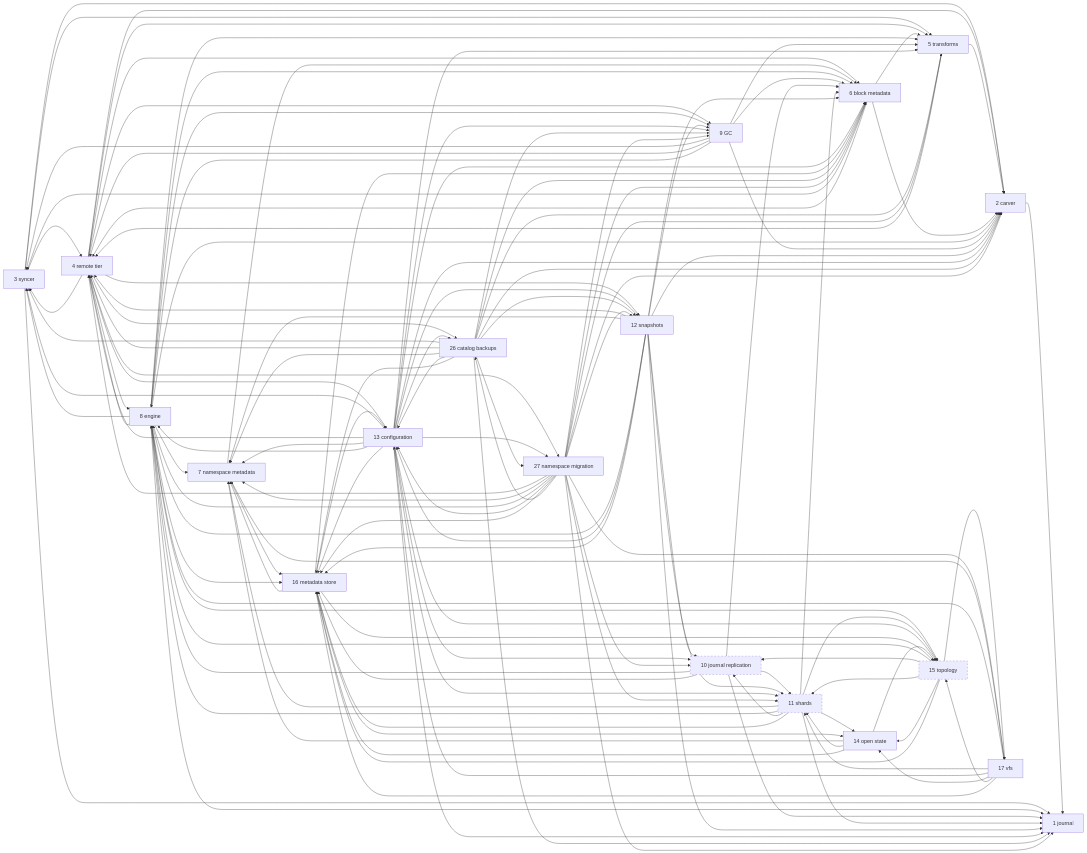
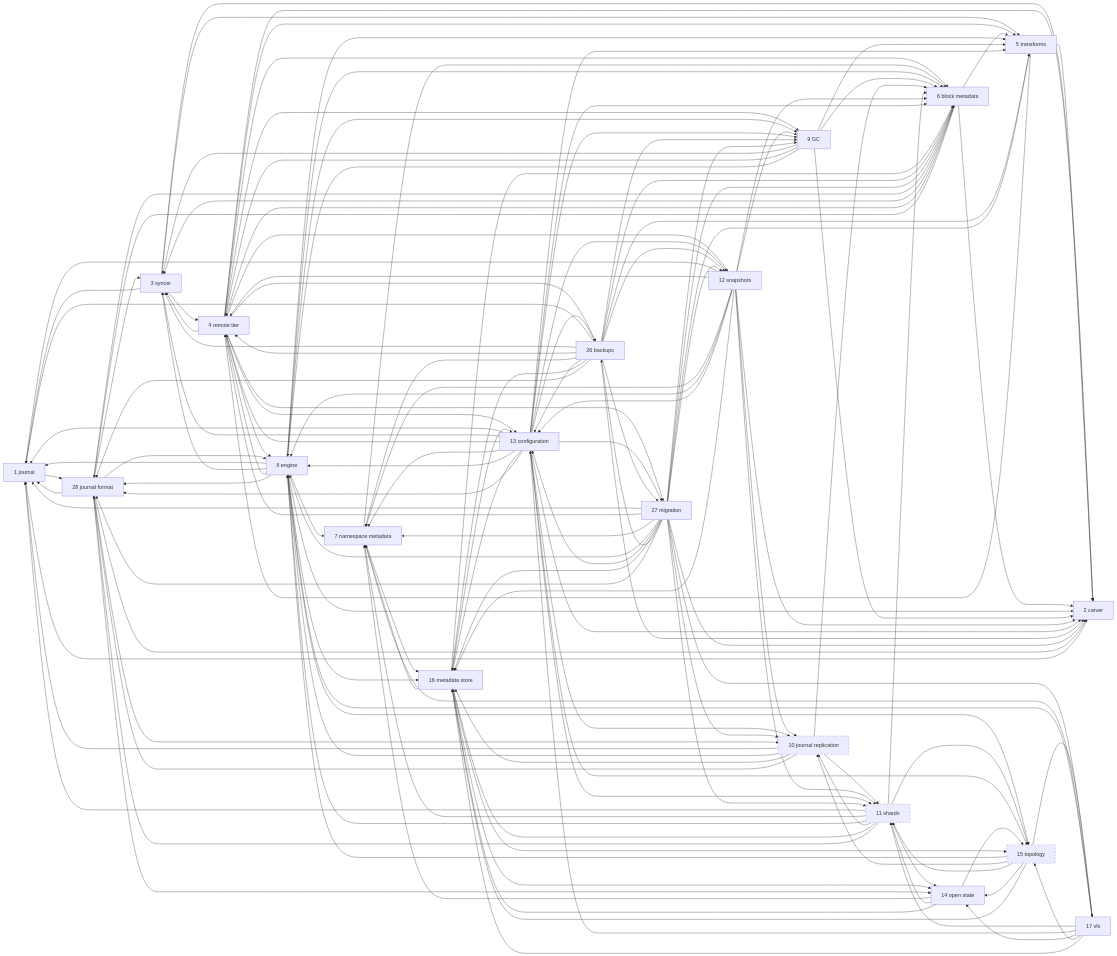
The diagram in docs/internals/rfcs/rfc-index.md (marmos91/dittofs), drawn with Mermaid before and after one commit. The commit also changed other lines of this file and 15 other files, not shown here.

````diff
--- a/docs/internals/rfcs/rfc-index.md
+++ b/docs/internals/rfcs/rfc-index.md
@@ -70,25 +72,26 @@
 ```mermaid
 graph LR
-  R1["1 journal"]
+  R1["1 journal"] --> R28
   R2["2 carver"] --> R1
   R3["3 syncer"] --> R1 & R2 & R4 & R5
   R4["4 remote tier"] --> R2 & R3 & R5 & R6 & R8 & R9 & R12 & R13 & R26 & R27
   R5["5 transforms"] --> R2 & R4
-  R6["6 block metadata"] --> R2 & R3 & R4 & R5
+  R6["6 block metadata"] --> R2 & R3 & R4 & R5 & R28
   R7["7 namespace metadata"] --> R6 & R16
-  R8["8 engine"] --> R1 & R2 & R3 & R4 & R5 & R6 & R7 & R9 & R15 & R16
+  R8["8 engine"] --> R1 & R2 & R3 & R4 & R5 & R6 & R7 & R9 & R15 & R16 & R28
   R9["9 GC"] --> R2 & R3 & R4 & R5 & R6 & R8
-  R10["10 journal replication"] --> R1 & R6 & R8 & R11 & R16
-  R11["11 shards"] --> R1 & R6 & R7 & R8 & R10 & R14 & R15 & R16
+  R10["10 journal replication"] --> R1 & R6 & R8 & R11 & R16 & R28
+  R11["11 shards"] --> R1 & R6 & R7 & R8 & R10 & R14 & R15 & R16 & R28
   R12["12 snapshots"] --> R1 & R2 & R4 & R6 & R7 & R8 & R9 & R10 & R11 & R13 & R16
-  R13["13 configuration"] --> R1 & R2 & R3 & R4 & R5 & R6 & R7 & R8 & R9 & R10 & R11 & R12 & R15 & R16 & R26 & R27
+  R13["13 configuration"] --> R1 & R2 & R3 & R4 & R5 & R6 & R7 & R8 & R9 & R10 & R11 & R12 & R15 & R16 & R26 & R27 & R28
   R14["14 open state"] --> R7 & R11 & R15 & R16
   R15["15 topology"] --> R8 & R10 & R11 & R14 & R16 & R17
   R16["16 metadata store"] --> R6 & R7 & R13 & R14 & R15
   R17["17 vfs"] --> R7 & R8 & R11 & R13 & R14 & R15 & R16
-  R26["26 catalog backups"] --> R1 & R2 & R3 & R4 & R5 & R6 & R7 & R9 & R12 & R13 & R16 & R27
-  R27["27 namespace migration"] --> R1 & R2 & R4 & R5 & R6 & R7 & R8 & R9 & R10 & R11 & R12 & R13 & R16 & R17 & R26
+  R26["26 backups"] --> R1 & R2 & R3 & R4 & R5 & R6 & R7 & R9 & R12 & R13 & R16 & R27 & R28
+  R27["27 migration"] --> R1 & R2 & R4 & R5 & R6 & R7 & R8 & R9 & R10 & R11 & R12 & R13 & R16 & R17 & R26 & R28
+  R28["28 journal format"] --> R1 & R2 & R3 & R6 & R8 & R10 & R14
   style R10 stroke-dasharray: 5 5
   style R11 stroke-dasharray: 5 5
   style R15 stroke-dasharray: 5 5
 ```
````
